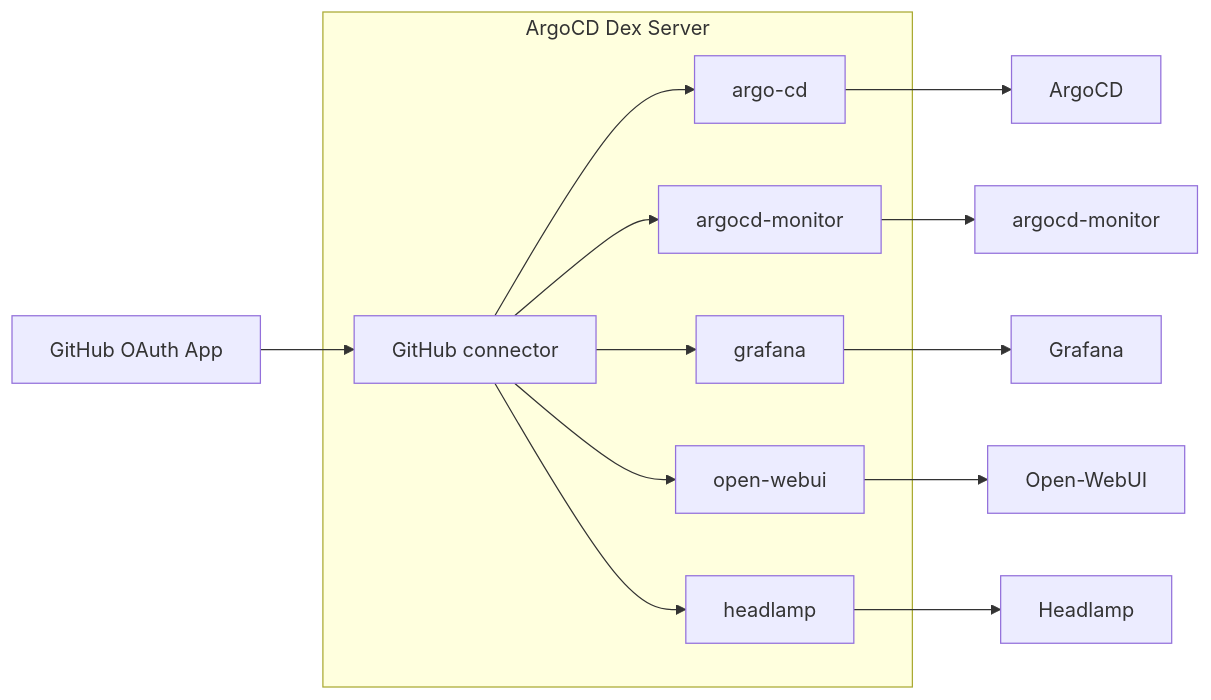
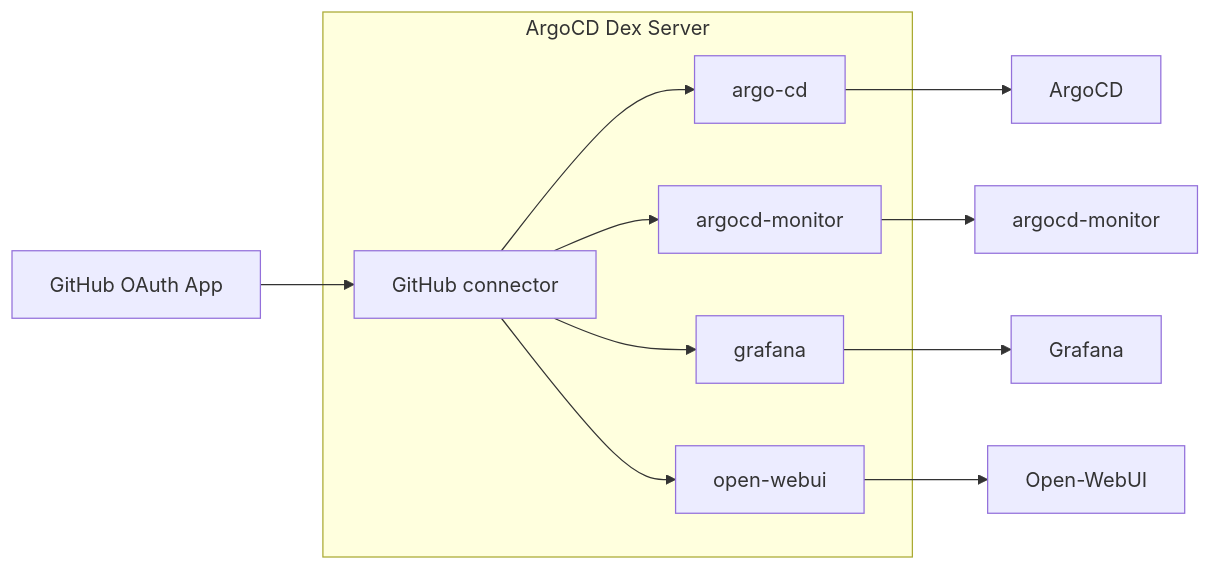
One commit to gilesknap/tpi-k3s-ansible changed the second of 6 diagrams in docs/explanations/authentication.md. Above: the diagram before and after it, drawn with Mermaid. The commit also changed other lines of this file, not shown here.

First line of the commit message:
docs: fix Dex diagram — remove Headlamp (uses oauth2-proxy not Dex)

````diff
--- a/docs/explanations/authentication.md
+++ b/docs/explanations/authentication.md
@@ -70,21 +70,19 @@
 ```{mermaid}
 flowchart LR
     GH[GitHub OAuth App]
 
     subgraph Dex["ArgoCD Dex Server"]
         CON[GitHub connector]
         CON --> C1[argo-cd]
         CON --> C2[argocd-monitor]
         CON --> C3[grafana]
         CON --> C4[open-webui]
-        CON --> C5[headlamp]
     end
 
     GH --> CON
 
     C1 --> ArgoCD
     C2 --> argocd-monitor
     C3 --> Grafana
     C4 --> Open-WebUI
-    C5 --> Headlamp
 ```
````
